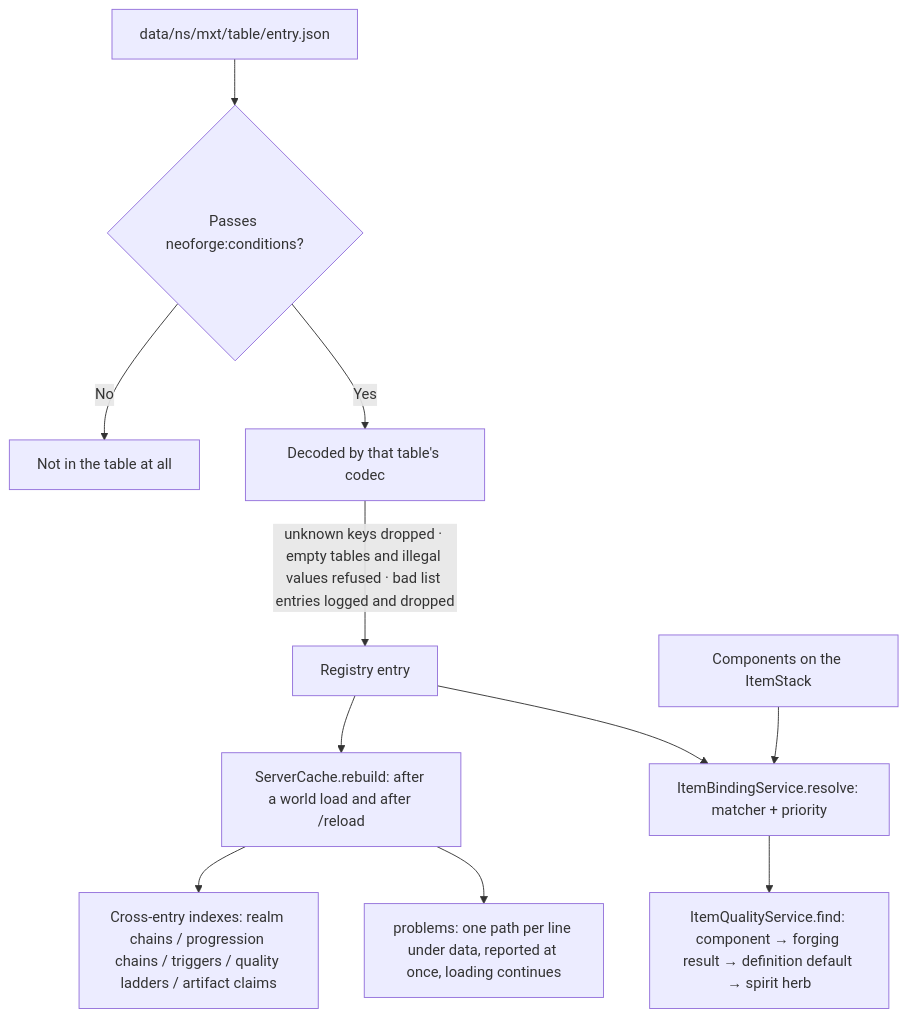
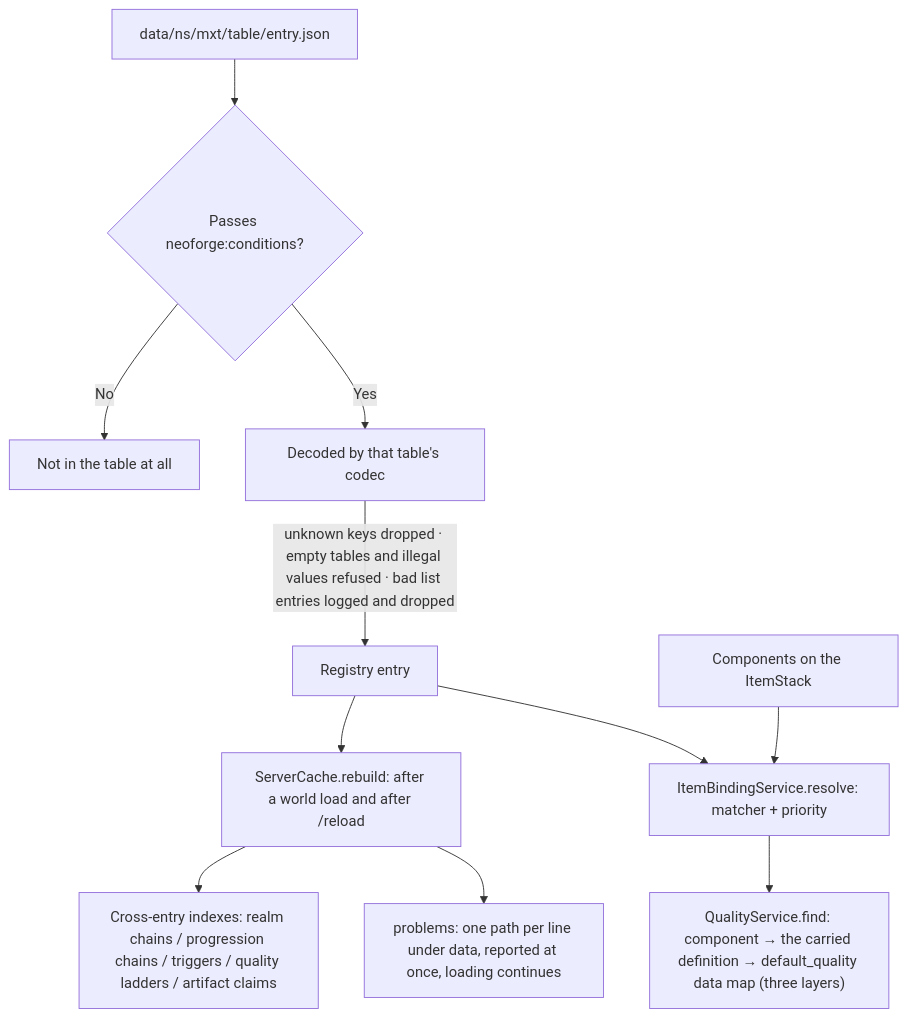
The diagram in docs/en/technical/data-loading.md (IAFEnvoy/mxt-docs), drawn with Mermaid before and after one commit. The commit also changed other lines of this file and 117 other files, not shown here.

````diff
--- a/docs/en/technical/data-loading.md
+++ b/docs/en/technical/data-loading.md
@@ -52,13 +53,13 @@
 ```mermaid
 flowchart TD
     A["data/ns/mxt/table/entry.json"] --> B{"Passes neoforge:conditions?"}
     B -->|No| X["Not in the table at all"]
     B -->|Yes| C["Decoded by that table's codec"]
     C -->|"unknown keys dropped · empty tables and illegal values refused · bad list entries logged and dropped"| D["Registry entry"]
     D --> E["ServerCache.rebuild: after a world load and after /reload"]
     E --> F["Cross-entry indexes: realm chains / progression chains / triggers / quality ladders / artifact claims"]
     E --> G["problems: one path per line under data, reported at once, loading continues"]
     D --> H["ItemBindingService.resolve: matcher + priority"]
     I["Components on the ItemStack"] --> H
-    H --> J["ItemQualityService.find: component → forging result → definition default → spirit herb"]
+    H --> J["QualityService.find: component → the carried definition → default_quality data map (three layers)"]
 ```
````
